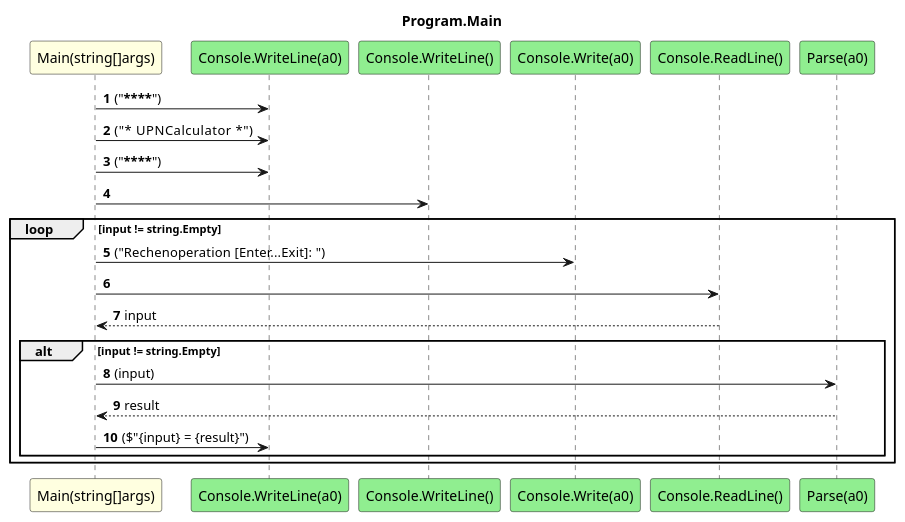
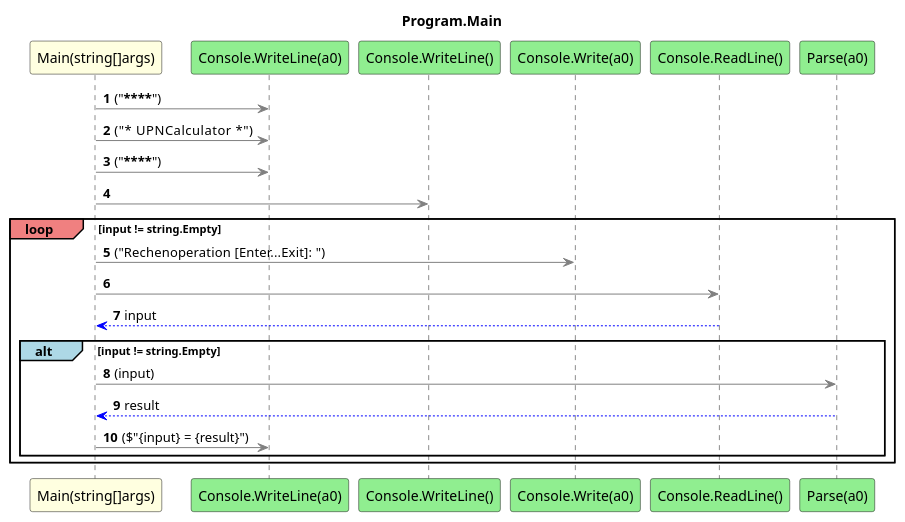
The diagram in UPNCalculator.ConApp/diagrams/sq_Program_Main.puml (leoggehrer/2324-34_ABIF_ACIF_POSE), drawn with PlantUML before and after one commit. The commit also changed 12 other files, not shown here.

Commit message:
Generated object diagram.

```diff
--- a/UPNCalculator.ConApp/diagrams/sq_Program_Main.puml
+++ b/UPNCalculator.ConApp/diagrams/sq_Program_Main.puml
@@ -1,24 +1,24 @@
 @startuml Program.Main
 title Program.Main
 participant "Main(string[]args)" as Main_p0 #LightYellow
 participant "Console.WriteLine(a0)" as Console_WriteLine_a0 #LightGreen
 participant "Console.WriteLine()" as Console_WriteLine #LightGreen
 participant "Console.Write(a0)" as Console_Write_a0 #LightGreen
 participant "Console.ReadLine()" as Console_ReadLine #LightGreen
 participant "Parse(a0)" as Parse_a0 #LightGreen
 autonumber
-Main_p0 -> Console_WriteLine_a0 : ("********************")
-Main_p0 -> Console_WriteLine_a0 : ("* UPNCalculator    *")
-Main_p0 -> Console_WriteLine_a0 : ("********************")
-Main_p0 -> Console_WriteLine
-loop input != string.Empty
-    Main_p0 -> Console_Write_a0 : ("Rechenoperation [Enter...Exit]:  ")
-    Main_p0 -> Console_ReadLine
-    Console_ReadLine --> Main_p0 : input
-    alt input != string.Empty
-        Main_p0 -> Parse_a0 : (input)
-        Parse_a0 --> Main_p0 : result
-        Main_p0 -> Console_WriteLine_a0 : ($"{input} = {result}")
+Main_p0 -[#grey]> Console_WriteLine_a0 : ("********************")
+Main_p0 -[#grey]> Console_WriteLine_a0 : ("* UPNCalculator    *")
+Main_p0 -[#grey]> Console_WriteLine_a0 : ("********************")
+Main_p0 -[#grey]> Console_WriteLine
+loop#LightCoral input != string.Empty
+    Main_p0 -[#grey]> Console_Write_a0 : ("Rechenoperation [Enter...Exit]:  ")
+    Main_p0 -[#grey]> Console_ReadLine
+    Console_ReadLine -[#blue]-> Main_p0 : input
+    alt#LightBlue input != string.Empty
+        Main_p0 -[#grey]> Parse_a0 : (input)
+        Parse_a0 -[#blue]-> Main_p0 : result
+        Main_p0 -[#grey]> Console_WriteLine_a0 : ($"{input} = {result}")
     end
 end
 @enduml
```
